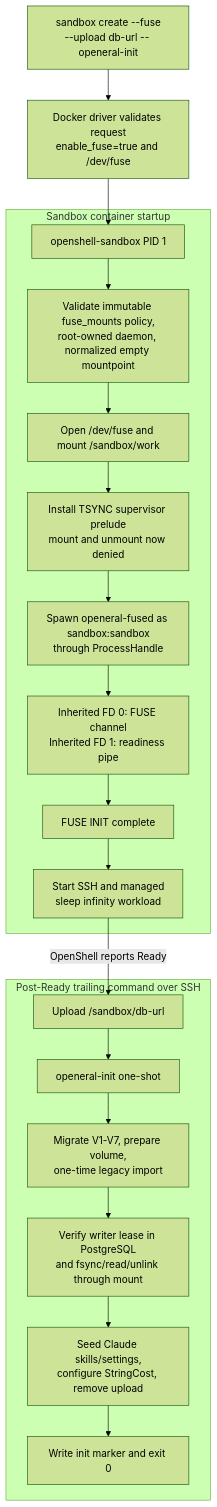
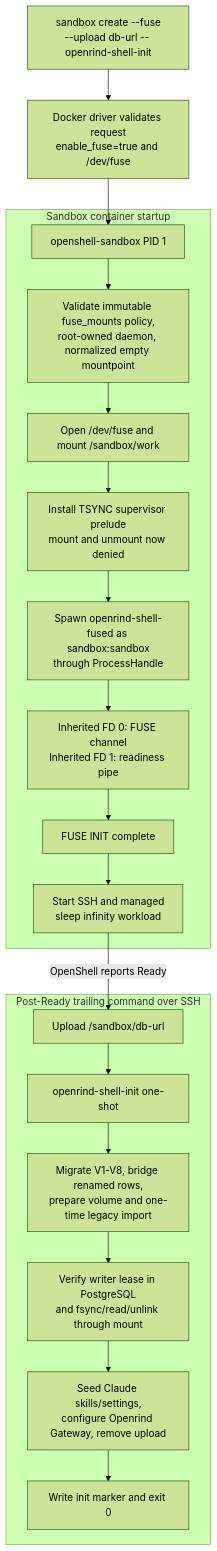
Before and after one commit to Pavitra-programmers/openeral: the first of 5 diagrams in ARCHITECTURE.md, drawn with Mermaid (forest theme). The commit also changed other lines of this file and 73 other files, not shown here.

````diff
--- a/ARCHITECTURE.md
+++ b/ARCHITECTURE.md
@@ -21,30 +21,30 @@
 ```mermaid
 flowchart TB
-  create["sandbox create --fuse<br/>--upload db-url -- openeral-init"]
+  create["sandbox create --fuse<br/>--upload db-url -- openrind-shell-init"]
   gate["Docker driver validates request<br/>enable_fuse=true and /dev/fuse"]
 
   subgraph container["Sandbox container startup"]
     supervisor["openshell-sandbox PID 1"]
     validate["Validate immutable fuse_mounts policy,<br/>root-owned daemon, normalized empty mountpoint"]
     mount["Open /dev/fuse and mount /sandbox/work"]
     prelude["Install TSYNC supervisor prelude<br/>mount and unmount now denied"]
-    daemon["Spawn openeral-fused as sandbox:sandbox<br/>through ProcessHandle"]
+    daemon["Spawn openrind-shell-fused as sandbox:sandbox<br/>through ProcessHandle"]
     fds["Inherited FD 0: FUSE channel<br/>Inherited FD 1: readiness pipe"]
     ready["FUSE INIT complete"]
     services["Start SSH and managed<br/>sleep infinity workload"]
   end
 
   subgraph trailing["Post-Ready trailing command over SSH"]
     upload["Upload /sandbox/db-url"]
-    init["openeral-init one-shot"]
-    database["Migrate V1-V7, prepare volume,<br/>one-time legacy import"]
+    init["openrind-shell-init one-shot"]
+    database["Migrate V1-V8, bridge renamed rows,<br/>prepare volume and one-time legacy import"]
     verify["Verify writer lease in PostgreSQL<br/>and fsync/read/unlink through mount"]
-    configure["Seed Claude skills/settings,<br/>configure StringCost, remove upload"]
+    configure["Seed Claude skills/settings,<br/>configure Openrind Gateway, remove upload"]
     marker["Write init marker and exit 0"]
   end
 
   create --> gate --> supervisor --> validate --> mount --> prelude --> daemon
   daemon --> fds --> ready --> services
   services -->|"OpenShell reports Ready"| upload --> init
   init --> database --> verify --> configure --> marker
 ```
````
